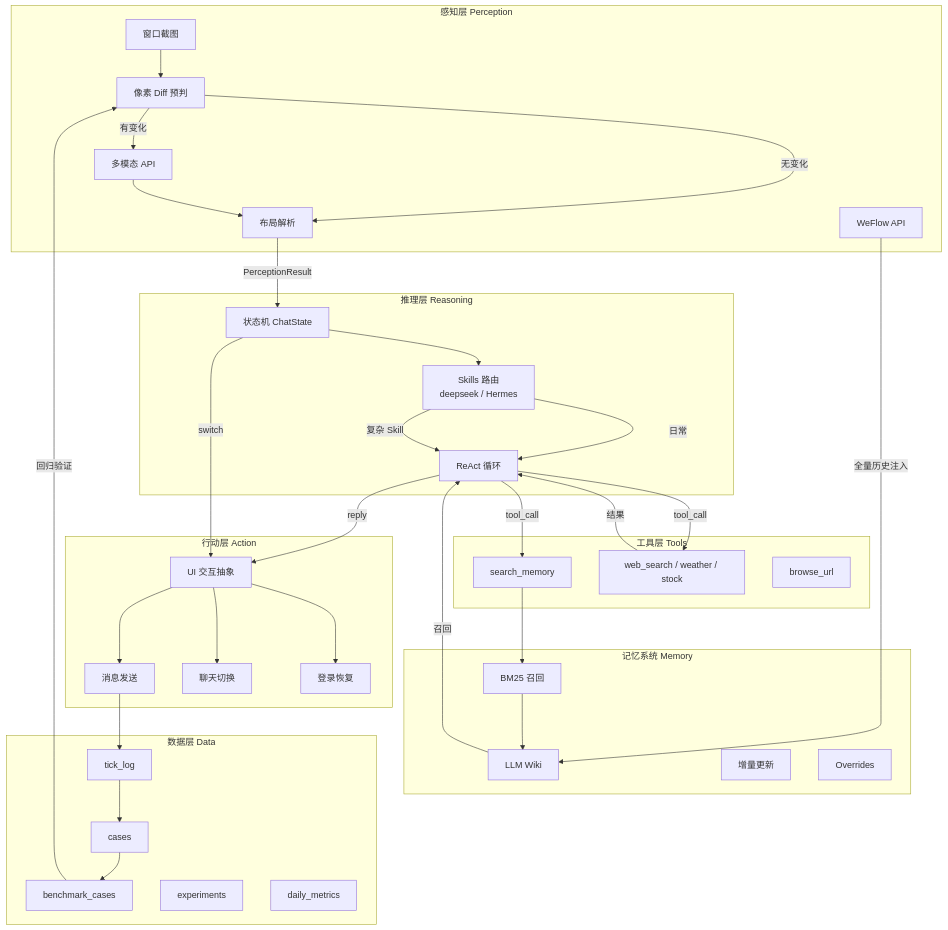
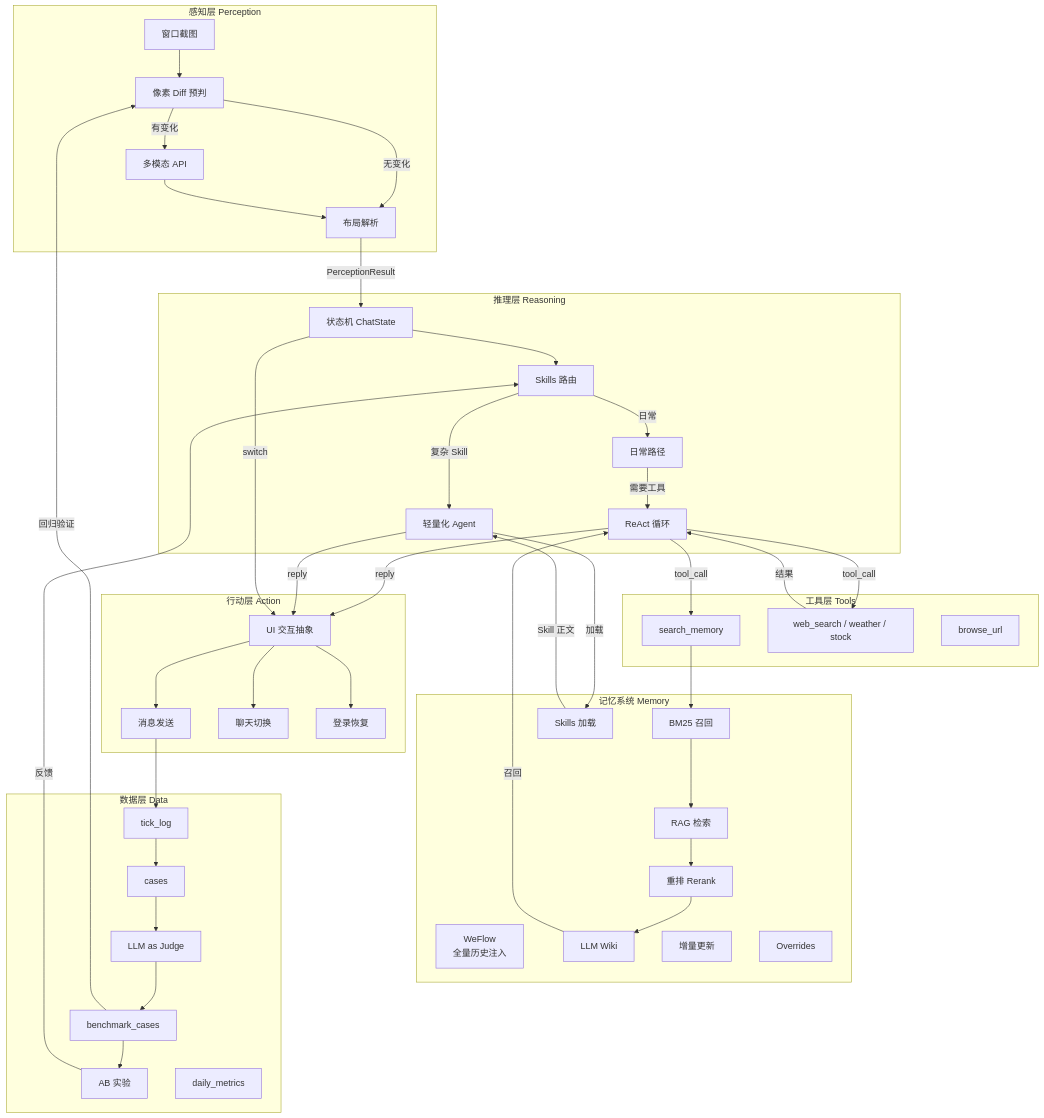
The first of 3 diagrams in README.md (899ms/wechat-mac-rpa), drawn with Mermaid before and after one commit. The commit also changed other lines of this file and 2 other files, not shown here.

First line of the commit message:
docs(architecture): rewrite system diagram and add Judge/Experiment chapters

````diff
--- a/README.md
+++ b/README.md
@@ -15,13 +15,14 @@
         P2["像素 Diff 预判"]
         P3["多模态 API"]
         P4["布局解析"]
-        P5["WeFlow API"]
     end
 
     subgraph Reasoning["推理层 Reasoning"]
         R1["状态机 ChatState"]
-        R2["Skills 路由<br/>deepseek / Hermes"]
-        R3["ReAct 循环"]
+        R2["Skills 路由"]
+        R3["日常路径"]
+        R4["轻量化 Agent"]
+        R5["ReAct 循环"]
     end
 
     subgraph Tools["工具层 Tools"]
@@ -31,10 +32,14 @@
     end
 
     subgraph Memory["记忆系统 Memory"]
+        M0["WeFlow<br/>全量历史注入"]
         M1["LLM Wiki"]
         M2["BM25 召回"]
-        M3["增量更新"]
-        M4["Overrides"]
+        M3["RAG 检索"]
+        M4["重排 Rerank"]
+        M5["增量更新"]
+        M6["Overrides"]
+        M7["Skills 加载"]
     end
 
     subgraph Action["行动层 Action"]
@@ -48,32 +53,41 @@
         D1["tick_log"]
         D2["cases"]
         D3["benchmark_cases"]
-        D4["experiments"]
-        D5["daily_metrics"]
+        D4["LLM as Judge"]
+        D5["AB 实验"]
+        D6["daily_metrics"]
     end
 
     P1 --> P2
     P2 -->|有变化| P3
     P2 -->|无变化| P4
     P3 --> P4
-    P5 -->|全量历史注入| M1
     P4 -->|PerceptionResult| R1
     R1 --> R2
     R2 -->|日常| R3
-    R2 -->|复杂 Skill| R3
-    R3 -->|tool_call| T1
+    R2 -->|复杂 Skill| R4
+    R4 -->|加载| M7
+    M7 -->|Skill 正文| R4
+    R3 -->|需要工具| R5
+    R5 -->|tool_call| T1
     T1 --> M2
-    M2 --> M1
-    M1 -->|召回| R3
-    R3 -->|tool_call| T2
-    T2 -->|结果| R3
-    R3 -->|reply| A1
+    M2 --> M3
+    M3 --> M4
+    M4 --> M1
+    M1 -->|召回| R5
+    R5 -->|tool_call| T2
+    T2 -->|结果| R5
+    R5 -->|reply| A1
+    R4 -->|reply| A1
     R1 -->|switch| A1
     A1 --> A2
     A1 --> A3
     A1 --> A4
     A2 --> D1
     D1 --> D2
-    D2 --> D3
+    D2 --> D4
+    D4 --> D3
+    D3 --> D5
+    D5 -->|反馈| R2
     D3 -->|回归验证| P2
 ```
````
